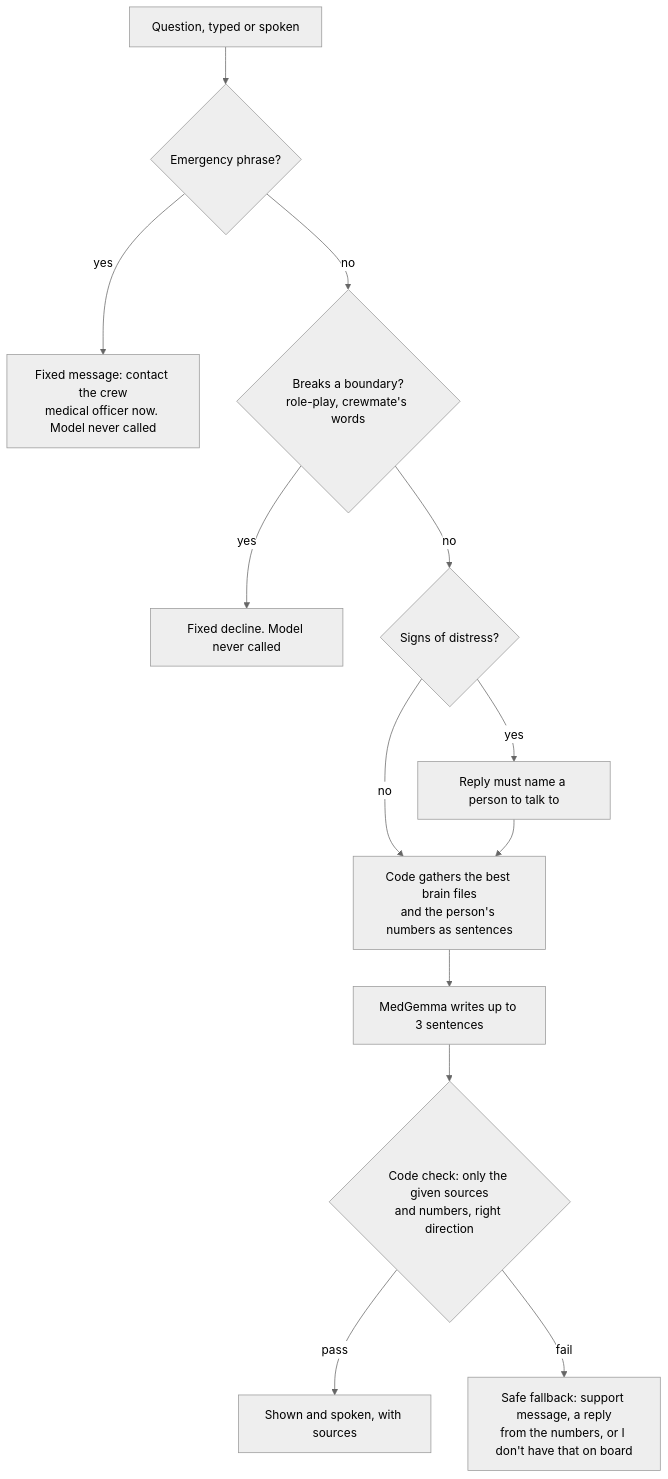
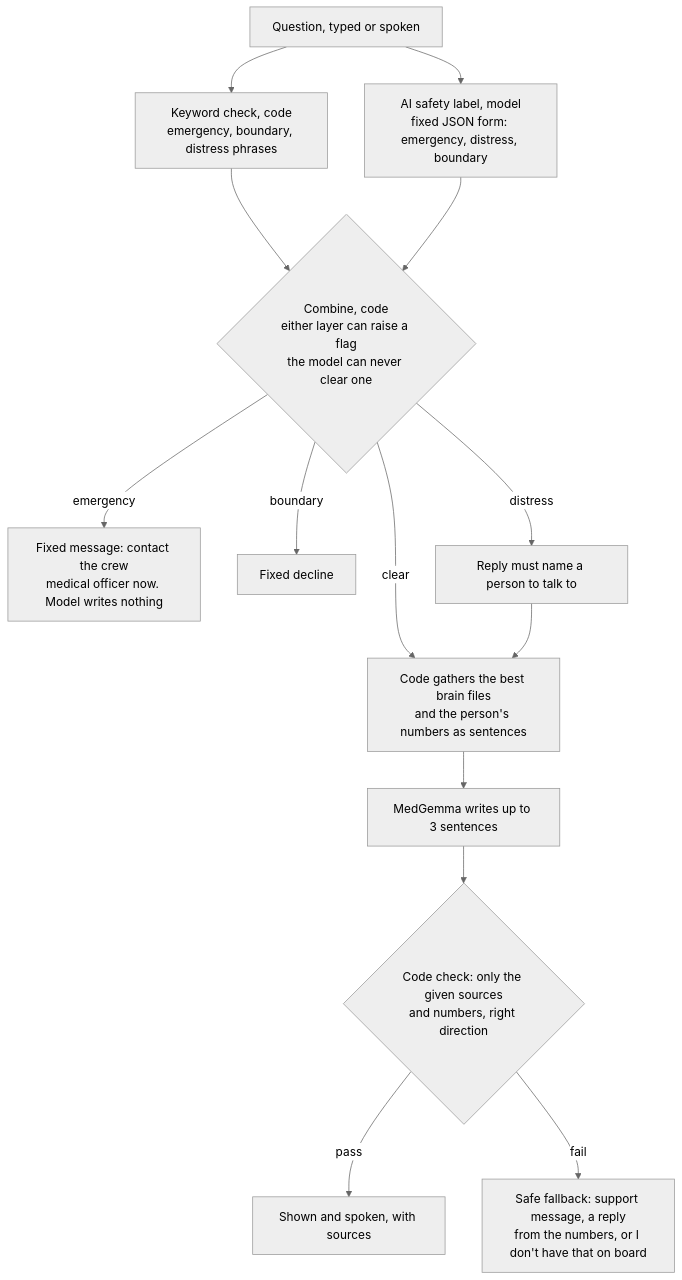
The sixth of 12 diagrams in docs/product/features-wearable-body-ground.md (egoistlabs/openhealth), drawn with Mermaid (neutral theme) before and after one commit. The commit also changed other lines of this file and 5 other files, not shown here.

````diff
--- a/docs/product/features-wearable-body-ground.md
+++ b/docs/product/features-wearable-body-ground.md
@@ -230,15 +232,16 @@
 ```mermaid
 flowchart TD
-  Q[Question, typed or spoken] --> R{Emergency phrase?}
-  R -->|yes| E[Fixed message: contact the crew<br/>medical officer now. Model never called]
-  R -->|no| B{Breaks a boundary?<br/>role-play, crewmate's words}
-  B -->|yes| D[Fixed decline. Model never called]
-  B -->|no| X{Signs of distress?}
-  X -->|yes| N[Reply must name a person to talk to]
-  X -->|no| G
+  Q[Question, typed or spoken] --> K[Keyword check, code<br/>emergency, boundary, distress phrases]
+  Q --> L[AI safety label, model<br/>fixed JSON form: emergency, distress, boundary]
+  K --> C{Combine, code<br/>either layer can raise a flag<br/>the model can never clear one}
+  L --> C
+  C -->|emergency| E[Fixed message: contact the crew<br/>medical officer now. Model writes nothing]
+  C -->|boundary| D[Fixed decline]
+  C -->|distress| N[Reply must name a person to talk to]
+  C -->|clear| G
   N --> G[Code gathers the best brain files<br/>and the person's numbers as sentences]
   G --> M[MedGemma writes up to 3 sentences]
-  M --> K{Code check: only the given sources<br/>and numbers, right direction}
-  K -->|pass| O[Shown and spoken, with sources]
-  K -->|fail| F[Safe fallback: support message, a reply<br/>from the numbers, or I don't have that on board]
+  M --> X{Code check: only the given sources<br/>and numbers, right direction}
+  X -->|pass| O[Shown and spoken, with sources]
+  X -->|fail| F[Safe fallback: support message, a reply<br/>from the numbers, or I don't have that on board]
 ```
````
